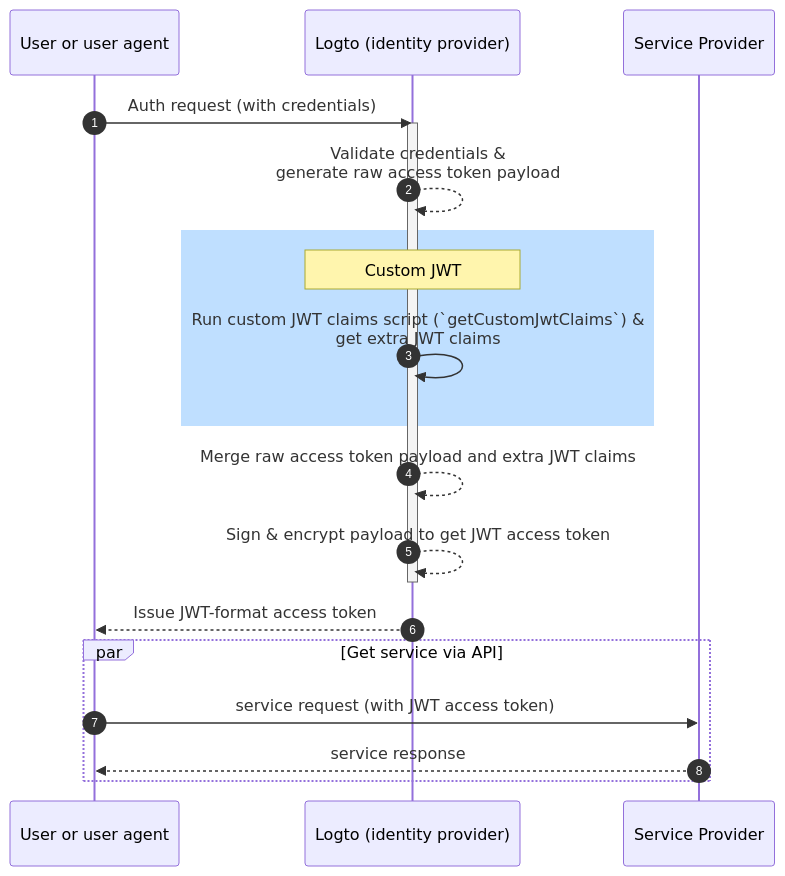
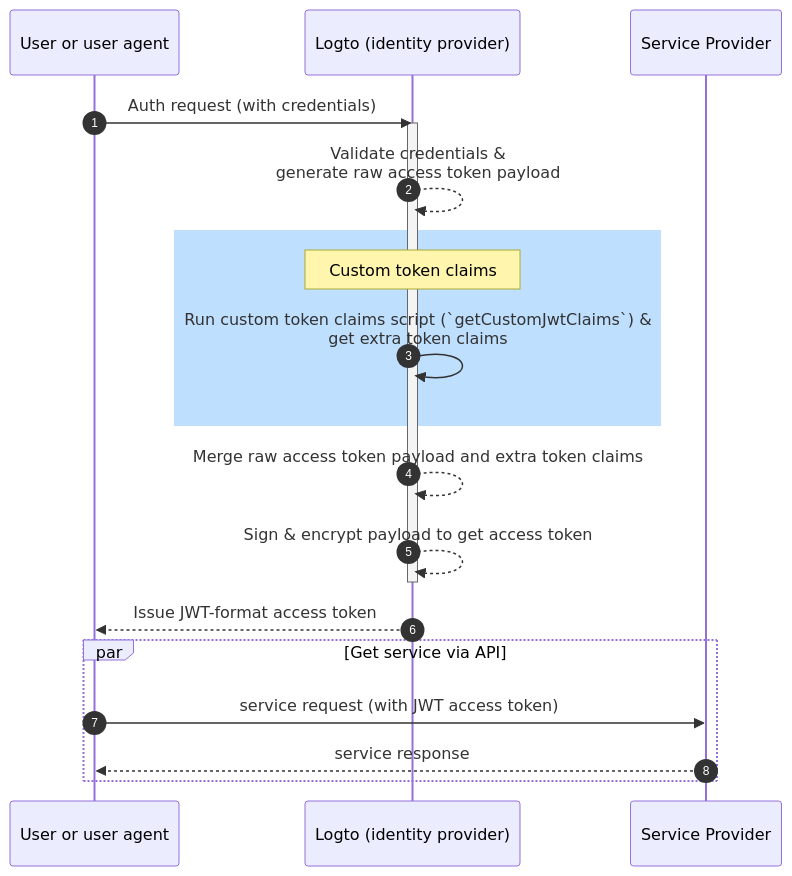
The diagram in docs/docs/recipes/custom-jwt/README.md (logto-io/docs), drawn with Mermaid before and after one commit. The commit also changed other lines of this file and 2 other files, not shown here.

First line of the commit message:
feat: update custom-jwt docs

````diff
--- a/docs/docs/recipes/custom-jwt/README.md
+++ b/docs/docs/recipes/custom-jwt/README.md
@@ -27,23 +33,23 @@
 ```mermaid
 sequenceDiagram
   participant U as User or user agent
   participant IdP as Logto (identity provider)
   participant SP as Service Provider
 
   autonumber
   U ->> IdP: Auth request (with credentials)
   activate IdP
   IdP-->>IdP: Validate credentials &<br/>generate raw access token payload
   rect rgb(191, 223, 255)
-  note over IdP: Custom JWT
-  IdP->>IdP: Run custom JWT claims script (`getCustomJwtClaims`) &<br/>get extra JWT claims
+  note over IdP: Custom token claims
+  IdP->>IdP: Run custom token claims script (`getCustomJwtClaims`) &<br/>get extra token claims
   end
-  IdP-->>IdP: Merge raw access token payload and extra JWT claims
-  IdP-->>IdP: Sign & encrypt payload to get JWT access token
+  IdP-->>IdP: Merge raw access token payload and extra token claims
+  IdP-->>IdP: Sign & encrypt payload to get access token
   deactivate IdP
   IdP-->>U: Issue JWT-format access token
   par Get service via API
   U->>SP: service request (with JWT access token)
   SP-->>U: service response
   end
 ```
````
